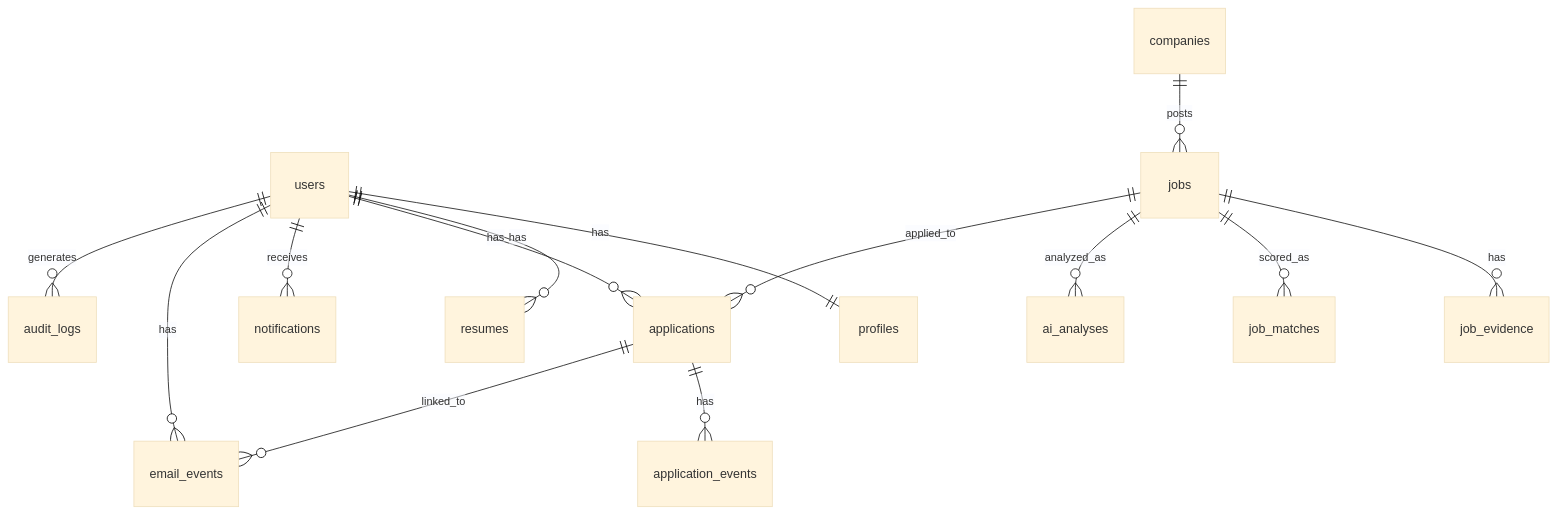
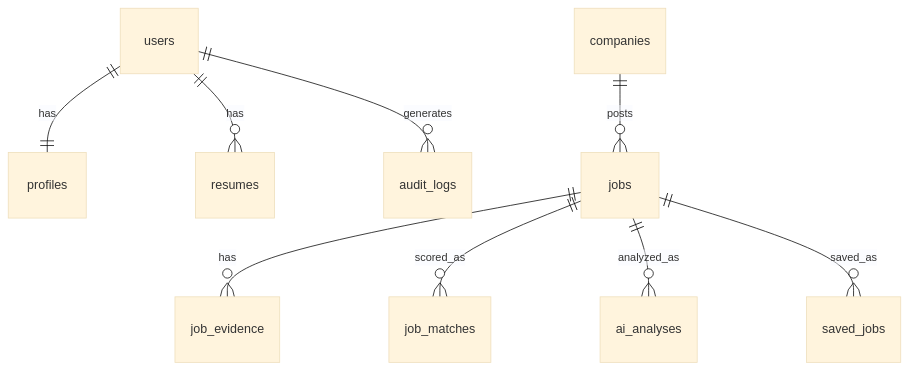
One commit to wassimrahoui/adhd-job-agent changed the diagram in docs/06-database-design.md. Above: the diagram before and after it, drawn with Mermaid (base theme). The commit also changed other lines of this file and 9 other files, not shown here.

Commit message:
docs: reconcile architecture and simplify MVP scope (batch 2/2 - UX, database, API, testing, deployment, roadmap, ADRs, risks, model eval, dev process)

````diff
--- a/docs/06-database-design.md
+++ b/docs/06-database-design.md
@@ -7,18 +7,12 @@
 ```mermaid
 erDiagram
     users ||--|| profiles : has
     users ||--o{ resumes : has
-    users ||--o{ applications : has
-    users ||--o{ notifications : receives
-    users ||--o{ email_events : has
     users ||--o{ audit_logs : generates
 
     companies ||--o{ jobs : posts
     jobs ||--o{ job_evidence : has
     jobs ||--o{ job_matches : scored_as
     jobs ||--o{ ai_analyses : analyzed_as
-    jobs ||--o{ applications : applied_to
-
-    applications ||--o{ application_events : has
-    applications ||--o{ email_events : linked_to
+    jobs ||--o{ saved_jobs : saved_as
 ```
````
